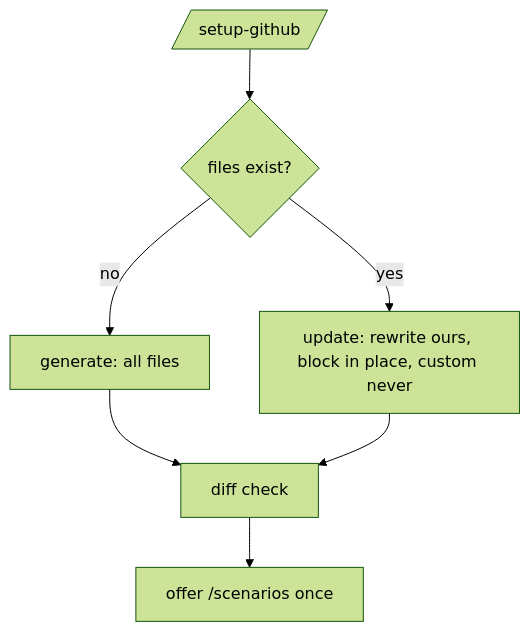
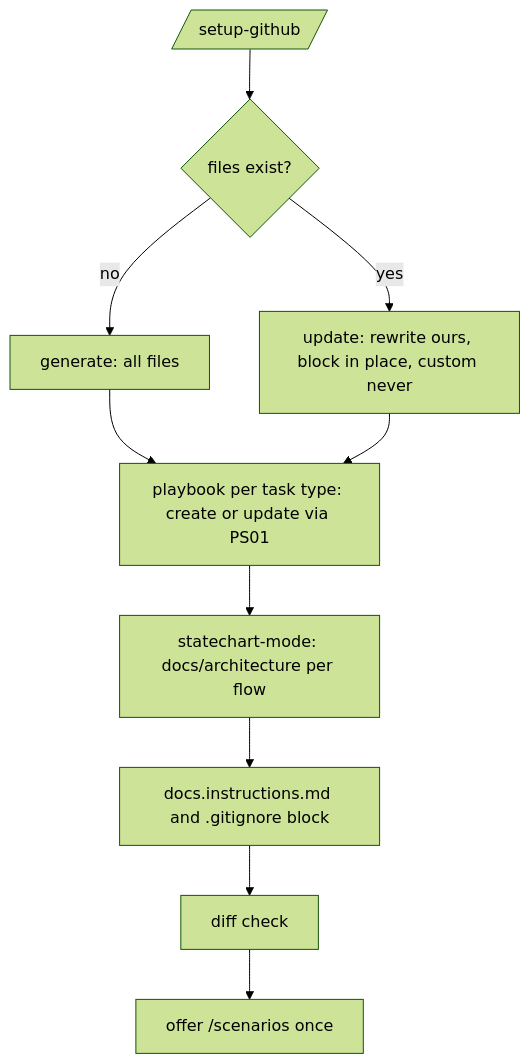
Before and after one commit to svennijhuis/agentPacks: the diagram in docs/pbi/squad/ps21-setup-github.md, drawn with Mermaid (forest theme). The commit also changed other lines of this file and 1 other file, not shown here.

Commit message:
docs(pbi): PS21 adds playbook check, statechart to docs/architecture, docs.instructions.md tree, .gitignore squad block, fixtures

````diff
--- a/docs/pbi/squad/ps21-setup-github.md
+++ b/docs/pbi/squad/ps21-setup-github.md
@@ -112,9 +133,12 @@
 ```mermaid
 flowchart TD
   C[/setup-github/] --> D{"files exist?"}
   D -->|no| G[generate: all files]
   D -->|yes| U["update: rewrite ours, block in place, custom never"]
-  G --> V[diff check]
-  U --> V
+  G --> PB[playbook per task type: create or update via PS01]
+  U --> PB
+  PB --> SC[statechart-mode: docs/architecture per flow]
+  SC --> GI[docs.instructions.md and .gitignore block]
+  GI --> V[diff check]
   V --> O[offer /scenarios once]
 ```
````
